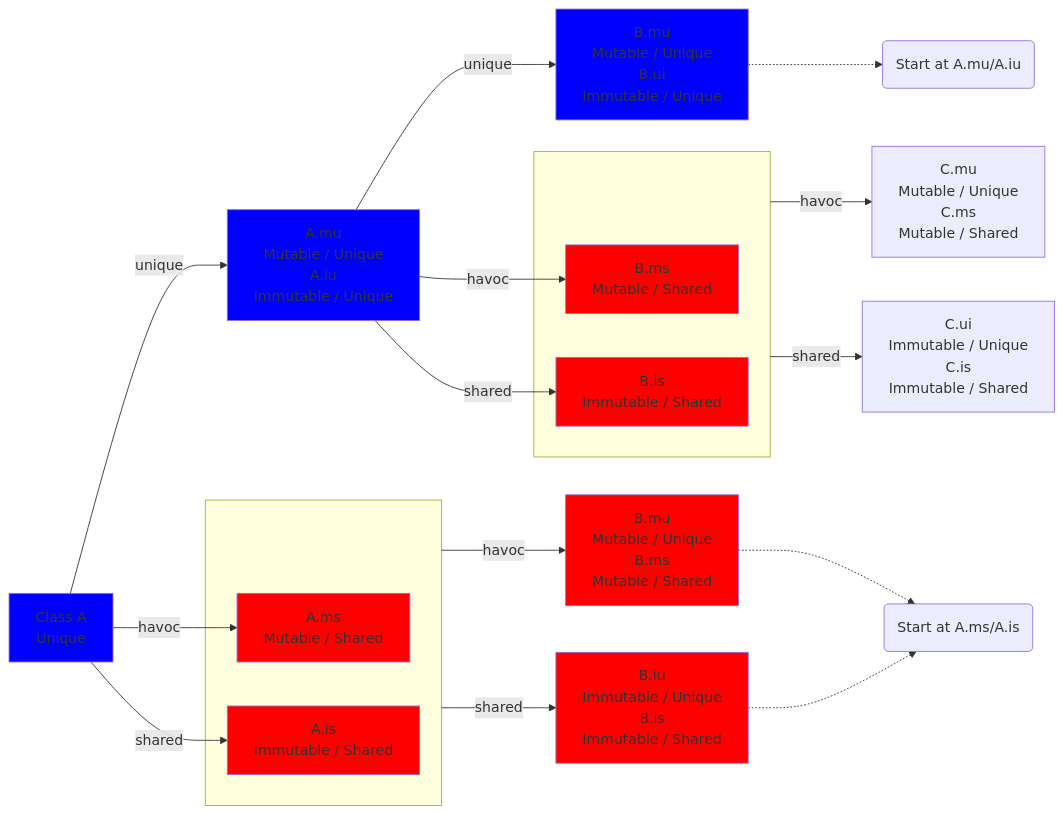
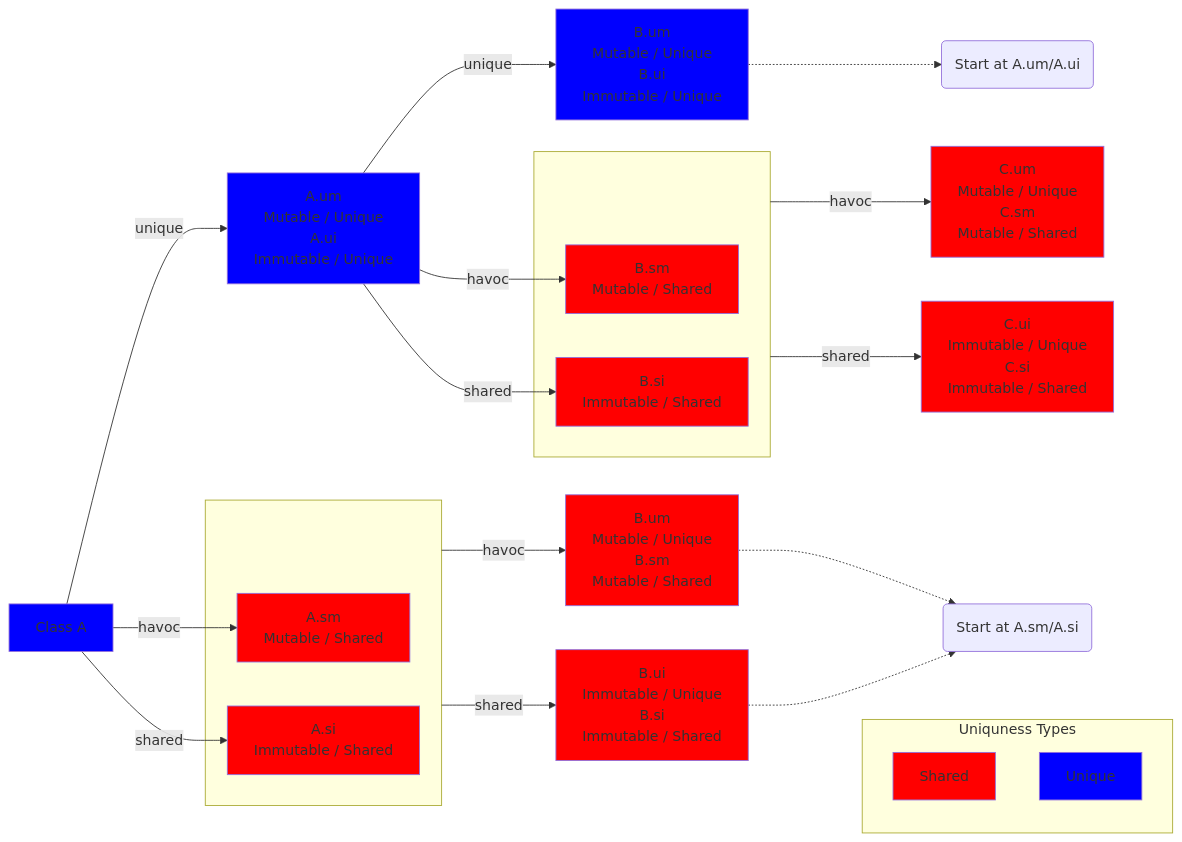
One commit to jesyspa/snakt-design changed the diagram in Design/folding-unfolding.md. Above: the diagram before and after it, drawn with Mermaid. The commit also changed other lines of this file, not shown here.

Commit message:
Diagram Description

````diff
--- a/Design/folding-unfolding.md
+++ b/Design/folding-unfolding.md
@@ -5,49 +46,64 @@
 ```mermaid
 graph LR
-    A[Class A <br> Unique] -- unique --> B_mu_iu["A.mu<br/>Mutable / Unique <br/> "A.iu<br/>Immutable / Unique""]
+    A[Class A] -- unique --> B_um_ui["A.um<br/>Mutable / Unique <br/> "A.ui<br/>Immutable / Unique""]
     
-    B_mu_iu -- unique --> C_mu_ui["B.mu<br/>Mutable / Unique <br/> B.ui<br/>Immutable / Unique"]
+    B_um_ui -- unique --> C_um_ui["B.um<br/>Mutable / Unique <br/> B.ui<br/>Immutable / Unique"]
 
-  subgraph C_ms_is[" "]
-    C_ms["B.ms<br/>Mutable / Shared"]
-    C_is["B.is<br/>Immutable / Shared"]
+  subgraph C_sm_si[" "]
+    C_sm["B.sm<br/>Mutable / Shared"]
+    C_si["B.si<br/>Immutable / Shared"]
   end
 
-    B_mu_iu -- havoc  --> C_ms["B.ms<br/>Mutable / Shared"]
-    B_mu_iu -- shared --> C_is["B.is<br/>Immutable / Shared"]
+    B_um_ui -- havoc  --> C_sm["B.sm<br/>Mutable / Shared"]
+    B_um_ui -- shared --> C_si["B.si<br/>Immutable / Shared"]
     
-    C_mu_ui -.-> rec1(Start at A.mu/A.iu)
+    C_um_ui -.-> rec1(Start at A.um/A.ui)
 
-    C_ms_is -- havoc --> D9["C.mu<br/>Mutable / Unique <br/> C.ms<br/>Mutable / Shared"]
-    C_ms_is -- shared --> D10["C.ui<br/>Immutable / Unique <br/> C.is<br/>Immutable / Shared"]
+    C_sm_si -- havoc --> D9["C.um<br/>Mutable / Unique <br/> C.sm<br/>Mutable / Shared"]
+    C_sm_si -- shared --> D10["C.ui<br/>Immutable / Unique <br/> C.si<br/>Immutable / Shared"]
 
 
-  subgraph B_ms_is[" "]
-      B_ms["A.ms<br/>Mutable / Shared"]
-      B_is["A.is<br/>Immutable / Shared"]
+  subgraph B_sm_si[" "]
+      B_sm["A.sm<br/>Mutable / Shared"]
+      B_si["A.si<br/>Immutable / Shared"]
   end
-    A -- havoc --> B_ms
-    A -- shared --> B_is
+    A -- havoc --> B_sm
+    A -- shared --> B_si
     
-    B_ms_is -- havoc --> C_mu_ms["B.mu<br/>Mutable / Unique <br/> B.ms<br/>Mutable / Shared"]
-    B_ms_is -- shared --> C_iu_is["B.iu<br/>Immutable / Unique <br/> B.is<br/>Immutable / Shared"]
+    B_sm_si -- havoc --> C_um_sm["B.um<br/>Mutable / Unique <br/> B.sm<br/>Mutable / Shared"]
+    B_sm_si -- shared --> C_ui_si["B.ui<br/>Immutable / Unique <br/> B.si<br/>Immutable / Shared"]
     
-    C_mu_ms -.-> rec2(Start at A.ms/A.is)
+    C_um_sm -.-> rec2(Start at A.sm/A.si)
     
-    C_iu_is -.-> rec2
+    C_ui_si -.-> rec2
+
+subgraph Legend ["Uniquness Types"]
+        direction TB
+    Shared["Shared"]
+    Unique["Unique"]
+    end
+
+    %% ANCHOR THE LEGEND
+    %% Use ~~~ for an invisible link to Class A to keep it nearby
+    C_um_sm ~~~ Legend
+
 
 
 classDef unique fill:blue
 classDef shared fill:red
 
+class Shared shared
+class Unique unique
 class A unique
-class B_mu_iu unique
-class C_mu_ui unique
-class B_ms shared
-class C_ms shared
-class C_is shared
-class B_is shared
-class C_mu_ms shared
-class C_iu_is shared
+class B_um_ui unique
+class C_um_ui unique
+class B_sm shared
+class C_sm shared
+class C_si shared
+class B_si shared
+class C_um_sm shared
+class C_ui_si shared
 class D1 shared
+class D9 shared
+class D10 shared
 ```
````
